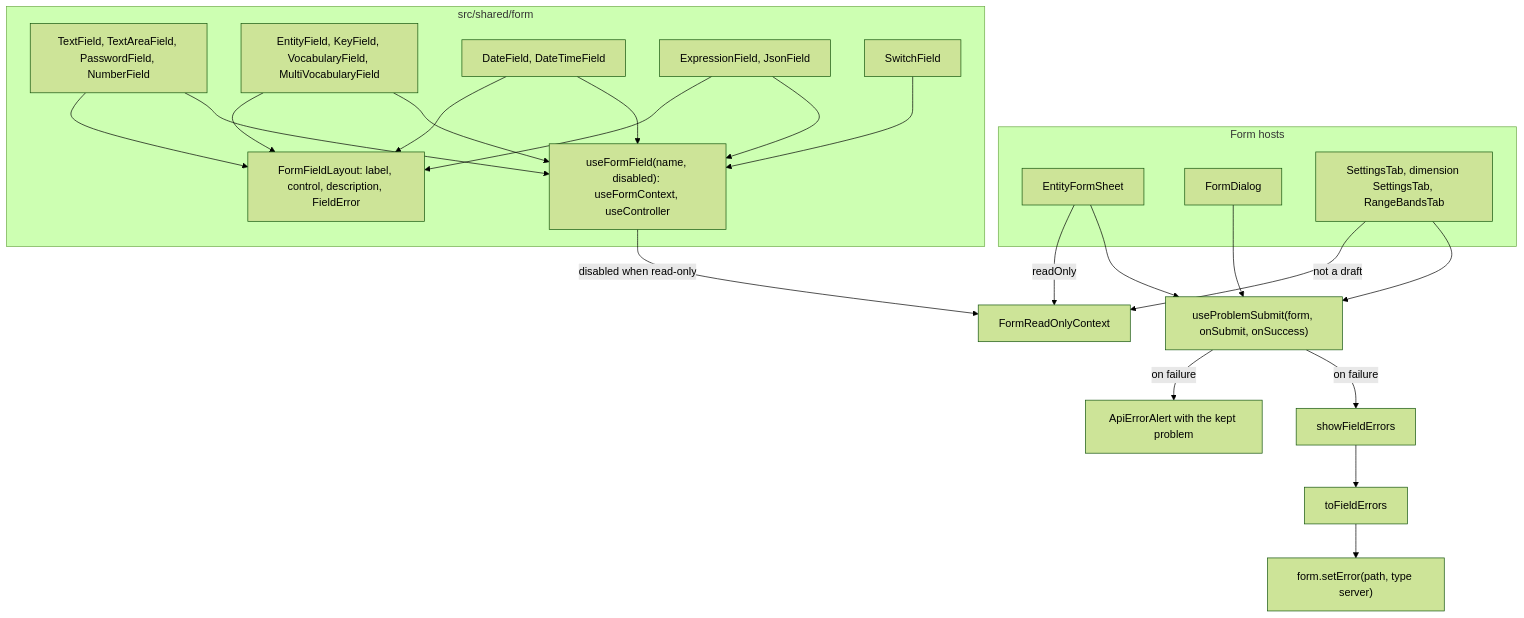
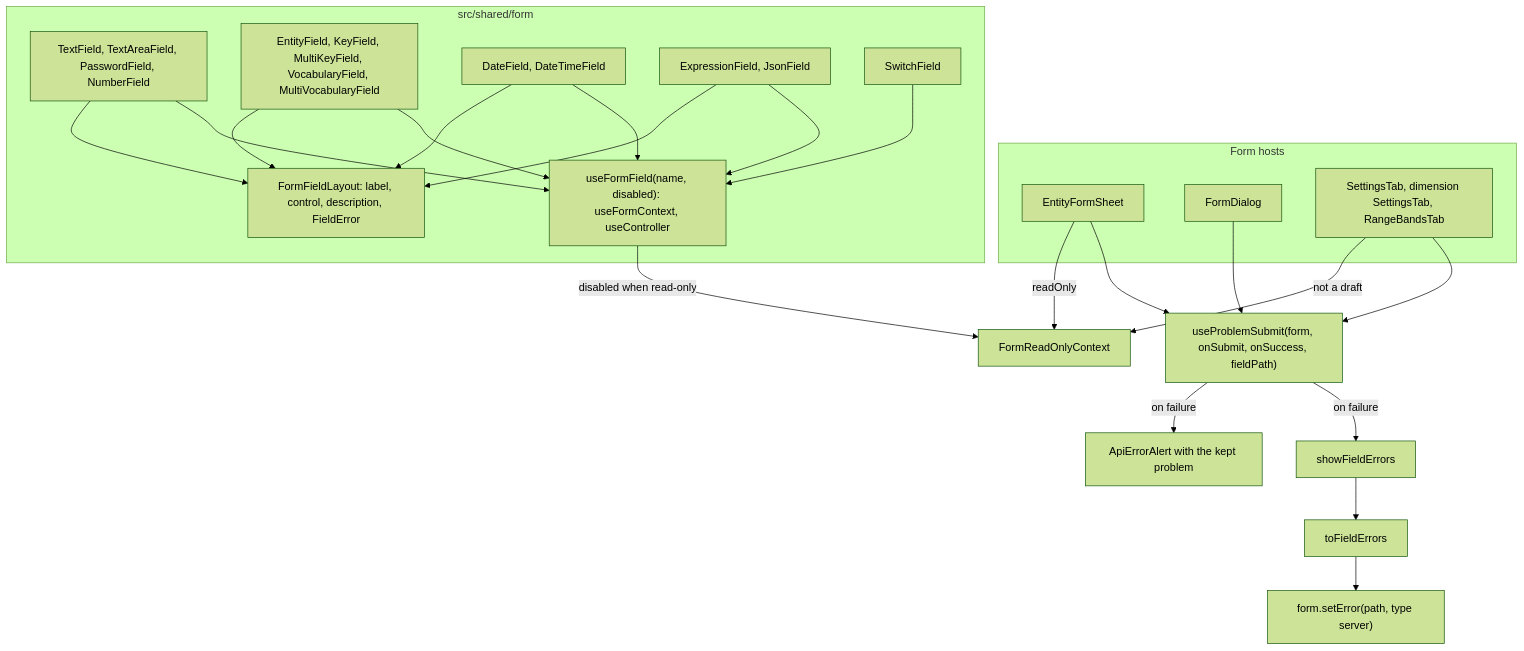
The fourth of 9 diagrams in web/docs/architecture/03-how-it-works.md (chrisaliotta/Quantalytix.QueryEngine.Admin), drawn with Mermaid (forest theme) before and after one commit. The commit also changed other lines of this file and 137 other files, not shown here.

First line of the commit message:
feat: enhance API documentation and architecture for calculation models and attributions

````diff
--- a/web/docs/architecture/03-how-it-works.md
+++ b/web/docs/architecture/03-how-it-works.md
@@ -167,42 +167,42 @@
 ```mermaid
 flowchart TB
     subgraph hosts ["Form hosts"]
         Sheet["EntityFormSheet"]
         Dialog["FormDialog"]
         Inline["SettingsTab, dimension SettingsTab, RangeBandsTab"]
     end
-    Submit["useProblemSubmit(form, onSubmit, onSuccess)"]
+    Submit["useProblemSubmit(form, onSubmit, onSuccess, fieldPath)"]
     ShowErrors["showFieldErrors"]
     ToFieldErrors["toFieldErrors"]
     SetError["form.setError(path, type server)"]
     Alert["ApiErrorAlert with the kept problem"]
     ReadOnly["FormReadOnlyContext"]
     subgraph fields ["src/shared/form"]
         TextFields["TextField, TextAreaField, PasswordField, NumberField"]
-        PickerFields["EntityField, KeyField, VocabularyField, MultiVocabularyField"]
+        PickerFields["EntityField, KeyField, MultiKeyField, VocabularyField, MultiVocabularyField"]
         DateFields["DateField, DateTimeField"]
         EditorFields["ExpressionField, JsonField"]
         Toggle["SwitchField"]
         UseFormField["useFormField(name, disabled): useFormContext, useController"]
         Layout["FormFieldLayout: label, control, description, FieldError"]
     end
     Sheet --> Submit
     Dialog --> Submit
     Inline --> Submit
     Sheet -->|"readOnly"| ReadOnly
     Inline -->|"not a draft"| ReadOnly
     Submit -->|"on failure"| ShowErrors
     ShowErrors --> ToFieldErrors
     ToFieldErrors --> SetError
     Submit -->|"on failure"| Alert
     TextFields --> UseFormField
     PickerFields --> UseFormField
     DateFields --> UseFormField
     EditorFields --> UseFormField
     Toggle --> UseFormField
     UseFormField -->|"disabled when read-only"| ReadOnly
     TextFields --> Layout
     PickerFields --> Layout
     DateFields --> Layout
     EditorFields --> Layout
 ```
````
